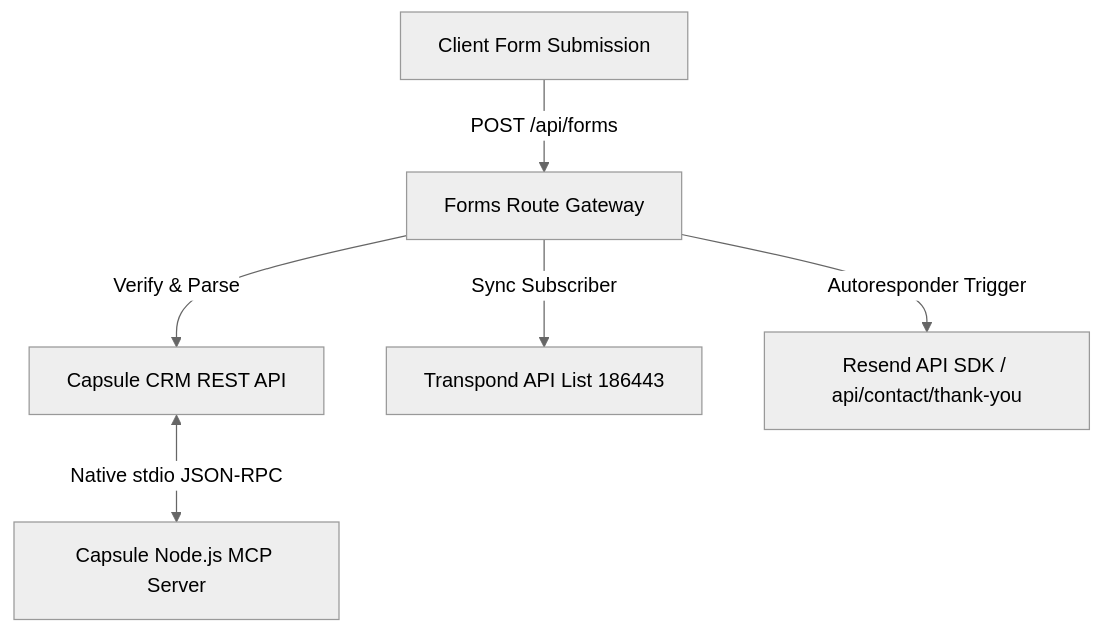
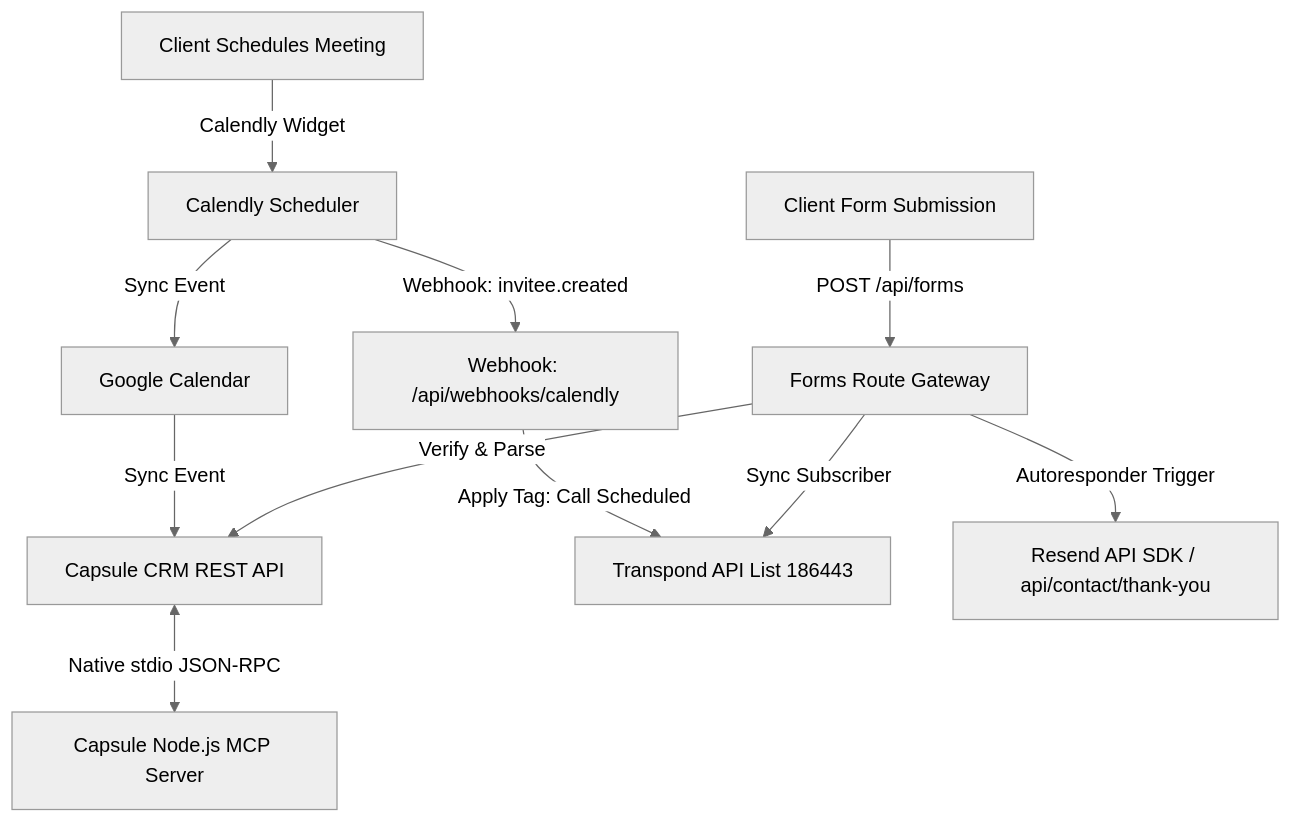
One commit to Power-Digital-Media/powerdigitalmedia.org changed the diagram in context.md. Above: the diagram before and after it, drawn with Mermaid (neutral theme). The commit also changed other lines of this file, not shown here.

Commit message:
docs: update context.md with partner status, Calendly webhook architecture and milestones

````diff
--- a/context.md
+++ b/context.md
@@ -26,8 +27,14 @@
 ```mermaid
 graph TD
   User[Client Form Submission] -->|POST /api/forms| API[Forms Route Gateway]
   API -->|Verify & Parse| Capsule[Capsule CRM REST API]
   API -->|Sync Subscriber| Transpond[Transpond API List 186443]
   API -->|Autoresponder Trigger| Resend[Resend API SDK / api/contact/thank-you]
   Capsule <-->|Native stdio JSON-RPC| MCP[Capsule Node.js MCP Server]
+
+  ClientBook[Client Schedules Meeting] -->|Calendly Widget| Calendly[Calendly Scheduler]
+  Calendly -->|Webhook: invitee.created| WebhookAPI[Webhook: /api/webhooks/calendly]
+  WebhookAPI -->|Apply Tag: Call Scheduled| Transpond
+  Calendly -->|Sync Event| GoogleCal[Google Calendar]
+  GoogleCal -->|Sync Event| Capsule
 ```
````
